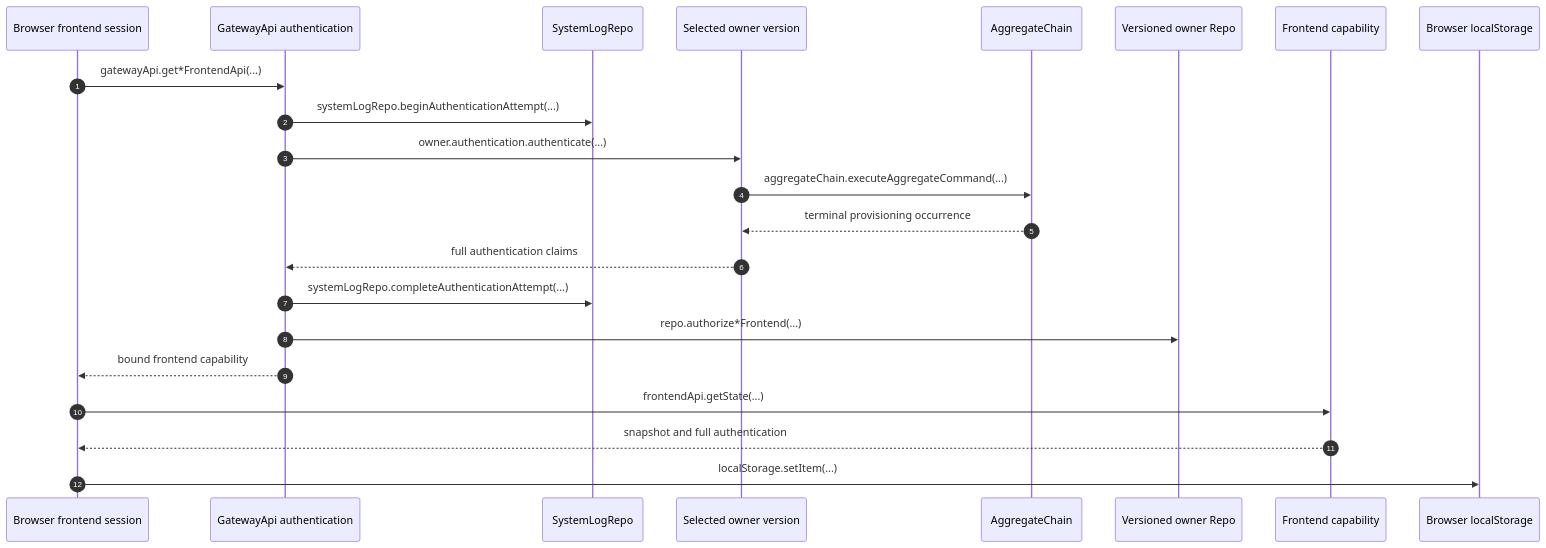
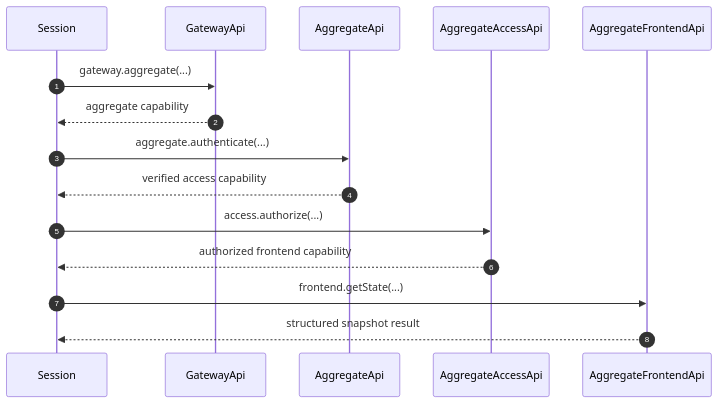
One commit to morgs32/qrk.sh changed the diagram in wiki/architecture/browser/Authentication.md. Above: the diagram before and after it, drawn with Mermaid. The commit also changed other lines of this file and 258 other files, not shown here.

````diff
--- a/wiki/architecture/browser/Authentication.md
+++ b/wiki/architecture/browser/Authentication.md
@@ -17,36 +31,17 @@
 ```mermaid
 sequenceDiagram
-  participant Session as Browser frontend session
-  participant Gateway as GatewayApi authentication
-  participant Log as SystemLogRepo
-  participant Owner as Selected owner version
-  participant Chain as AggregateChain
-  participant Repo as Versioned owner Repo
-  participant Api as Frontend capability
-  participant Locator as Browser localStorage
-
-  autonumber 1
-  Session->>Gateway: gatewayApi.get*FrontendApi(...)
-  autonumber 2
-  Gateway->>Log: systemLogRepo.beginAuthenticationAttempt(...)
-  autonumber 3
-  Gateway->>Owner: owner.authentication.authenticate(...)
-  autonumber 4
-  Owner->>Chain: aggregateChain.executeAggregateCommand(...)
-  autonumber 5
-  Chain-->>Owner: terminal provisioning occurrence
-  autonumber 6
-  Owner-->>Gateway: full authentication claims
-  autonumber 7
-  Gateway->>Log: systemLogRepo.completeAuthenticationAttempt(...)
-  autonumber 8
-  Gateway->>Repo: repo.authorize*Frontend(...)
-  autonumber 9
-  Gateway-->>Session: bound frontend capability
-  autonumber 10
-  Session->>Api: frontendApi.getState(...)
-  autonumber 11
-  Api-->>Session: snapshot and full authentication
-  autonumber 12
-  Session->>Locator: localStorage.setItem(...)
+  participant Session
+  participant GatewayApi
+  participant AggregateApi
+  participant AggregateAccessApi
+  participant AggregateFrontendApi
+  autonumber
+  Session->>GatewayApi: gateway.aggregate(...)
+  GatewayApi-->>Session: aggregate capability
+  Session->>AggregateApi: aggregate.authenticate(...)
+  AggregateApi-->>Session: verified access capability
+  Session->>AggregateAccessApi: access.authorize(...)
+  AggregateAccessApi-->>Session: authorized frontend capability
+  Session->>AggregateFrontendApi: frontend.getState(...)
+  AggregateFrontendApi-->>Session: structured snapshot result
 ```
````
